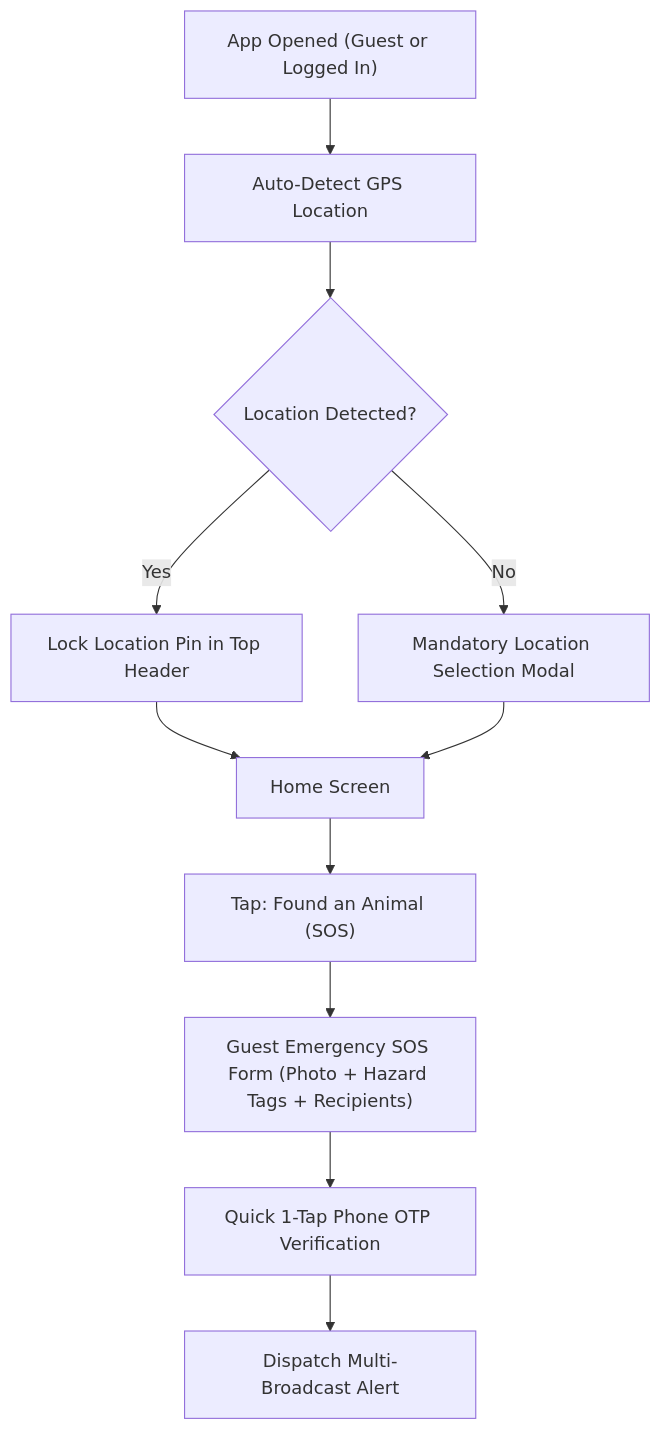
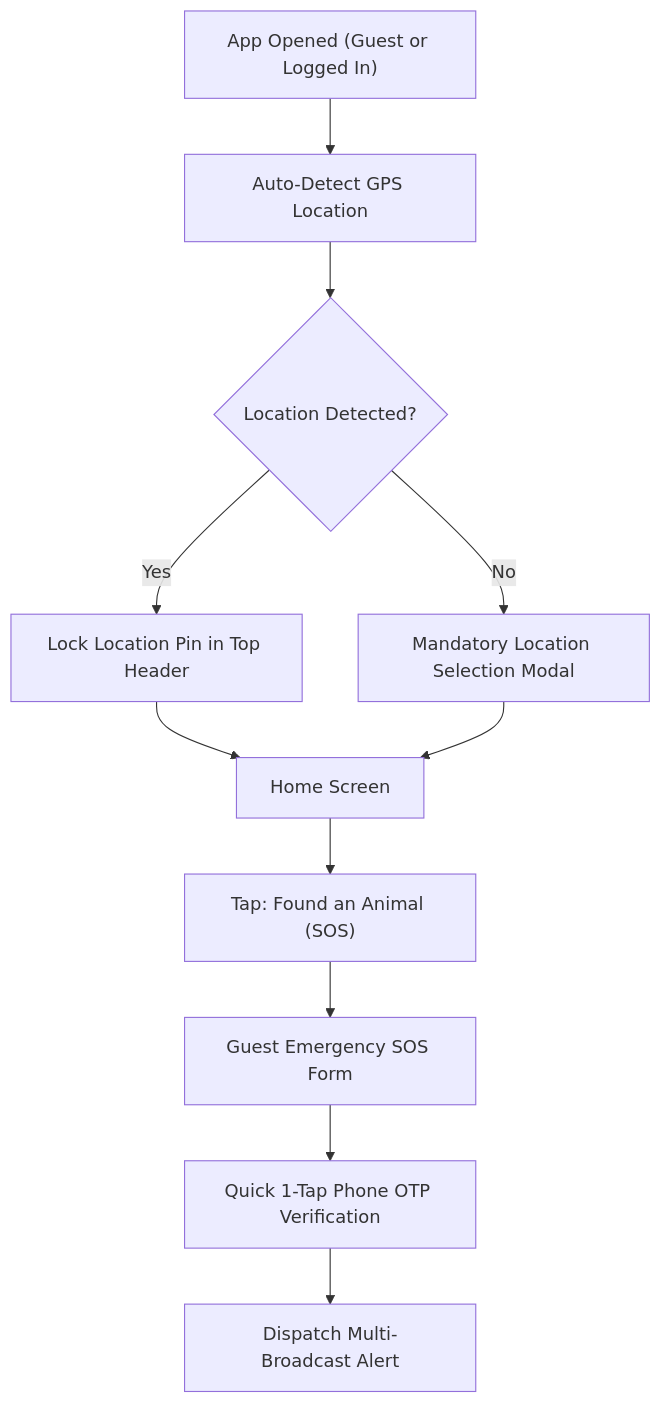
The diagram in WIREFRAMES.md (NIFT-Information-Architecture-2026/Anshika_BD-24-913), drawn with Mermaid before and after one commit. The commit also changed other lines of this file, not shown here.

Commit message:
docs(ui): make location, condition tags, and recipients mandatory; photo upload secondary/optional

````diff
--- a/WIREFRAMES.md
+++ b/WIREFRAMES.md
@@ -9,16 +9,16 @@
 ```mermaid
 flowchart TD
     AppLaunch["App Opened (Guest or Logged In)"] --> GPS["Auto-Detect GPS Location"]
     GPS --> LocationConfirm{"Location Detected?"}
     
     LocationConfirm -- Yes --> LockPin["Lock Location Pin in Top Header"]
     LocationConfirm -- No --> ManualPin["Mandatory Location Selection Modal"]
     
     LockPin --> Home["Home Screen"]
     ManualPin --> Home
     
     Home --> SOSClick["Tap: Found an Animal (SOS)"]
-    SOSClick --> FastReport["Guest Emergency SOS Form (Photo + Hazard Tags + Recipients)"]
+    SOSClick --> FastReport["Guest Emergency SOS Form"]
     FastReport --> PhoneOTP["Quick 1-Tap Phone OTP Verification"]
     PhoneOTP --> Dispatch["Dispatch Multi-Broadcast Alert"]
 ```
````
